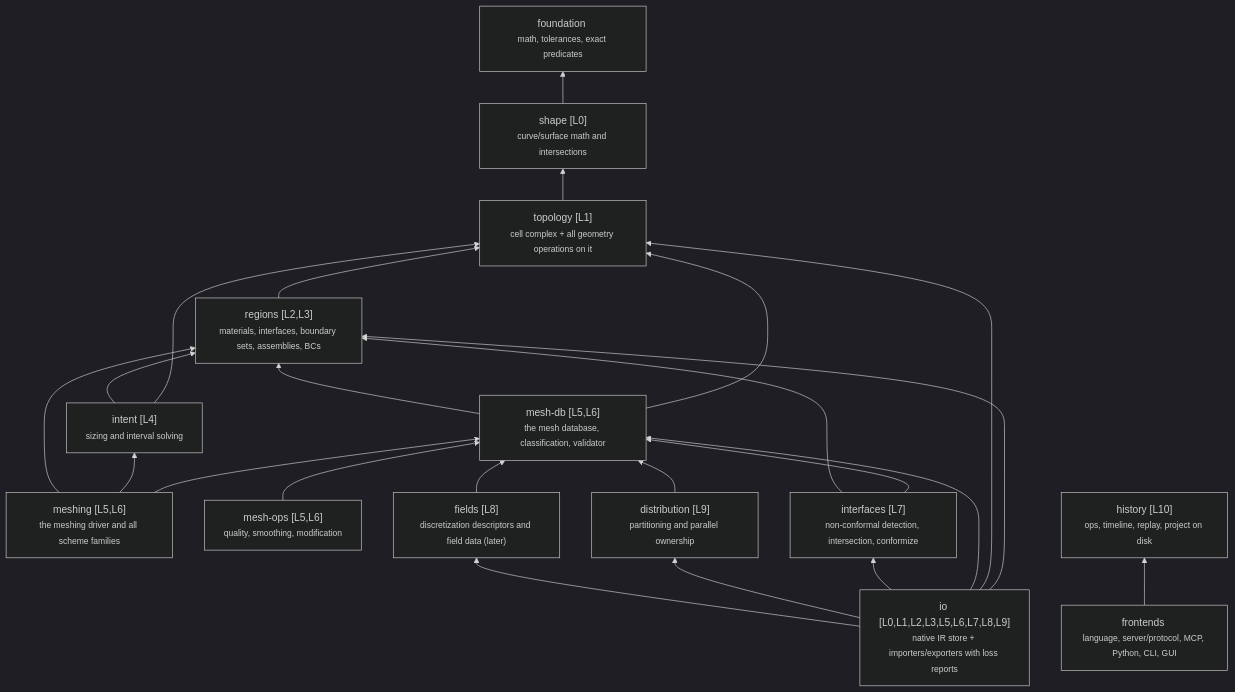
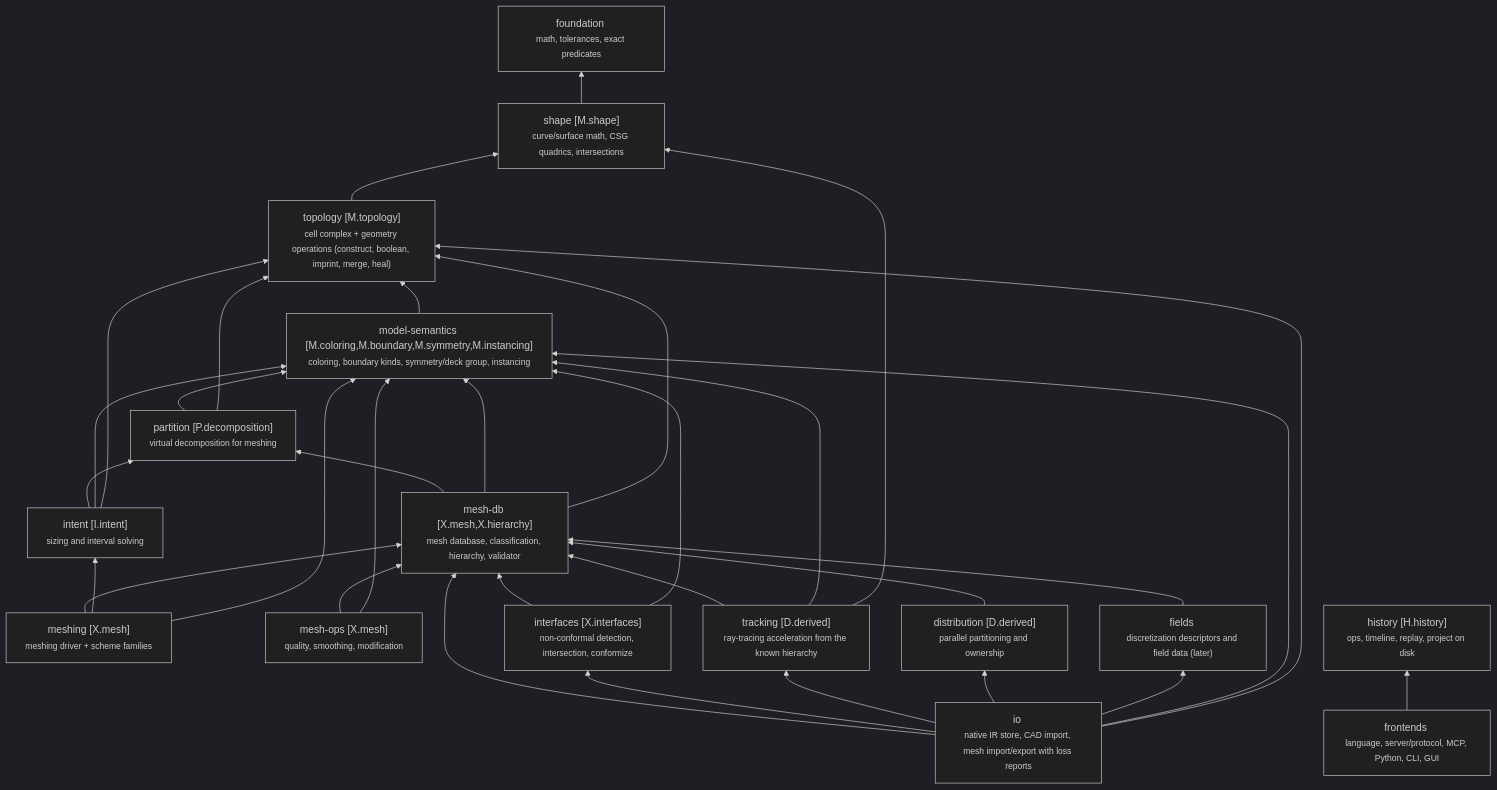
One commit to deOliveira-R/smart-mesher changed the diagram in docs/graph/domains.mmd. Above: the diagram before and after it, drawn with Mermaid (dark theme). The commit also changed 14 other files, not shown here.

First line of the commit message:
design: model layer with coloring, deck boundaries, symmetry; tracking structure; graph v2; model roles

```diff
--- a/docs/graph/domains.mmd
+++ b/docs/graph/domains.mmd
@@ -1,37 +1,48 @@
 graph BT
   foundation["foundation <br/><small>math, tolerances, exact predicates</small>"]
-  shape["shape [L0]<br/><small>curve/surface math and intersections</small>"]
-  topology["topology [L1]<br/><small>cell complex + all geometry operations on it</small>"]
-  regions["regions [L2,L3]<br/><small>materials, interfaces, boundary sets, assemblies, BCs</small>"]
-  intent["intent [L4]<br/><small>sizing and interval solving</small>"]
-  meshing["meshing [L5,L6]<br/><small>the meshing driver and all scheme families</small>"]
-  mesh_db["mesh-db [L5,L6]<br/><small>the mesh database, classification, validator</small>"]
-  mesh_ops["mesh-ops [L5,L6]<br/><small>quality, smoothing, modification</small>"]
-  interfaces["interfaces [L7]<br/><small>non-conformal detection, intersection, conformize</small>"]
-  distribution["distribution [L9]<br/><small>partitioning and parallel ownership</small>"]
-  fields["fields [L8]<br/><small>discretization descriptors and field data (later)</small>"]
-  io["io [L0,L1,L2,L3,L5,L6,L7,L8,L9]<br/><small>native IR store + importers/exporters with loss reports</small>"]
-  history["history [L10]<br/><small>ops, timeline, replay, project on disk</small>"]
+  shape["shape [M.shape]<br/><small>curve/surface math, CSG quadrics, intersections</small>"]
+  topology["topology [M.topology]<br/><small>cell complex + geometry operations (construct, boolean, imprint, merge, heal)</small>"]
+  model_semantics["model-semantics [M.coloring,M.boundary,M.symmetry,M.instancing]<br/><small>coloring, boundary kinds, symmetry/deck group, instancing</small>"]
+  partition["partition [P.decomposition]<br/><small>virtual decomposition for meshing</small>"]
+  intent["intent [I.intent]<br/><small>sizing and interval solving</small>"]
+  meshing["meshing [X.mesh]<br/><small>meshing driver + scheme families</small>"]
+  mesh_db["mesh-db [X.mesh,X.hierarchy]<br/><small>mesh database, classification, hierarchy, validator</small>"]
+  mesh_ops["mesh-ops [X.mesh]<br/><small>quality, smoothing, modification</small>"]
+  interfaces["interfaces [X.interfaces]<br/><small>non-conformal detection, intersection, conformize</small>"]
+  tracking["tracking [D.derived]<br/><small>ray-tracing acceleration from the known hierarchy</small>"]
+  distribution["distribution [D.derived]<br/><small>parallel partitioning and ownership</small>"]
+  fields["fields <br/><small>discretization descriptors and field data (later)</small>"]
+  io["io <br/><small>native IR store, CAD import, mesh import/export with loss reports</small>"]
+  history["history [H.history]<br/><small>ops, timeline, replay, project on disk</small>"]
   frontends["frontends <br/><small>language, server/protocol, MCP, Python, CLI, GUI</small>"]
   shape --> foundation
   topology --> shape
-  regions --> topology
+  model_semantics --> topology
+  partition --> model_semantics
+  partition --> topology
+  intent --> partition
+  intent --> model_semantics
   intent --> topology
-  intent --> regions
+  mesh_db --> partition
+  mesh_db --> model_semantics
   mesh_db --> topology
-  mesh_db --> regions
   meshing --> mesh_db
   meshing --> intent
-  meshing --> regions
-  io --> regions
-  io --> topology
+  meshing --> model_semantics
   mesh_ops --> mesh_db
+  mesh_ops --> model_semantics
   interfaces --> mesh_db
-  interfaces --> regions
+  interfaces --> model_semantics
+  tracking --> mesh_db
+  tracking --> model_semantics
+  tracking --> shape
   distribution --> mesh_db
   fields --> mesh_db
   io --> mesh_db
   io --> interfaces
+  io --> tracking
   io --> distribution
   io --> fields
+  io --> model_semantics
+  io --> topology
   frontends --> history
```
